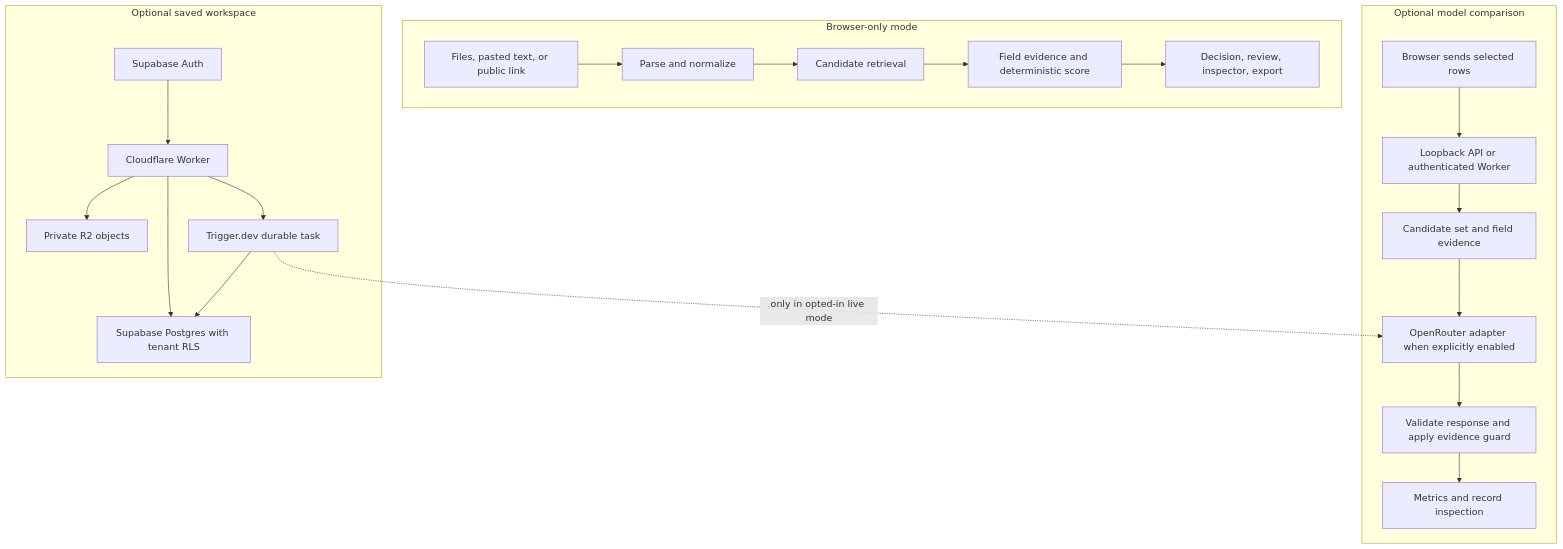
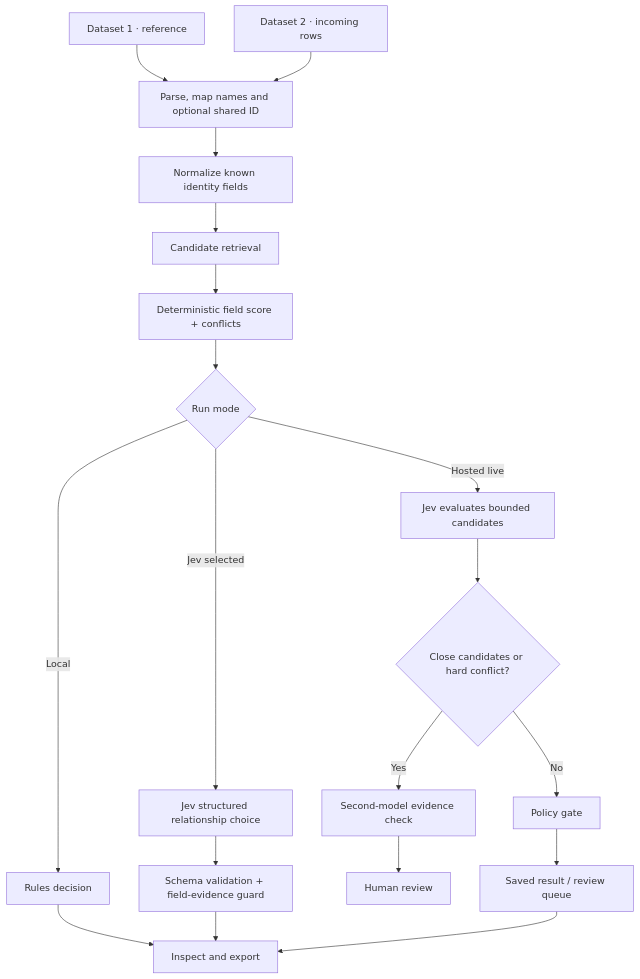
One commit to Mandrilsquad1441/dataset-match-studio changed the diagram in docs/matching-architecture.md. Above: the diagram before and after it, drawn with Mermaid. The commit also changed other lines of this file and 2 other files, not shown here.

Commit message:
Document Jev-led matching architecture and usage

````diff
--- a/docs/matching-architecture.md
+++ b/docs/matching-architecture.md
@@ -7,26 +36,21 @@
 ```mermaid
 flowchart TB
-    subgraph Local[Browser-only mode]
-      A[Files, pasted text, or public link] --> B[Parse and normalize]
-      B --> C[Candidate retrieval]
-      C --> D[Field evidence and deterministic score]
-      D --> E[Decision, review, inspector, export]
-    end
-
-    subgraph Optional[Optional model comparison]
-      F[Browser sends selected rows] --> G[Loopback API or authenticated Worker]
-      G --> H[Candidate set and field evidence]
-      H --> I[OpenRouter adapter when explicitly enabled]
-      I --> J[Validate response and apply evidence guard]
-      J --> K[Metrics and record inspection]
-    end
-
-    subgraph Hosted[Optional saved workspace]
-      L[Supabase Auth] --> M[Cloudflare Worker]
-      M --> N[Supabase Postgres with tenant RLS]
-      M --> O[Private R2 objects]
-      M --> P[Trigger.dev durable task]
-      P --> N
-      P -. only in opted-in live mode .-> I
-    end
+    A[Dataset 1 · reference] --> B[Parse, map names and optional shared ID]
+    C[Dataset 2 · incoming rows] --> B
+    B --> D[Normalize known identity fields]
+    D --> E[Candidate retrieval]
+    E --> F[Deterministic field score + conflicts]
+    F --> G{Run mode}
+    G -->|Local| H[Rules decision]
+    G -->|Jev selected| I[Jev structured relationship choice]
+    I --> J[Schema validation + field-evidence guard]
+    G -->|Hosted live| K[Jev evaluates bounded candidates]
+    K --> L{Close candidates or hard conflict?}
+    L -->|Yes| M[Second-model evidence check]
+    M --> N[Human review]
+    L -->|No| O[Policy gate]
+    O --> P[Saved result / review queue]
+    H --> Q[Inspect and export]
+    J --> Q
+    P --> Q
 ```
````
